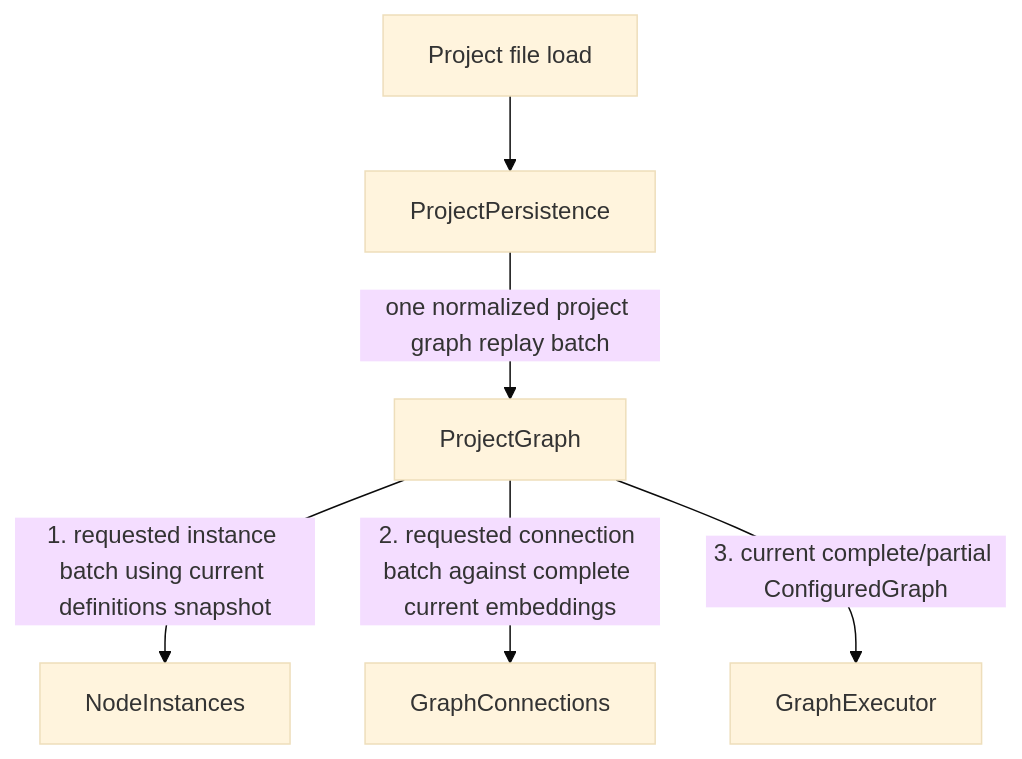
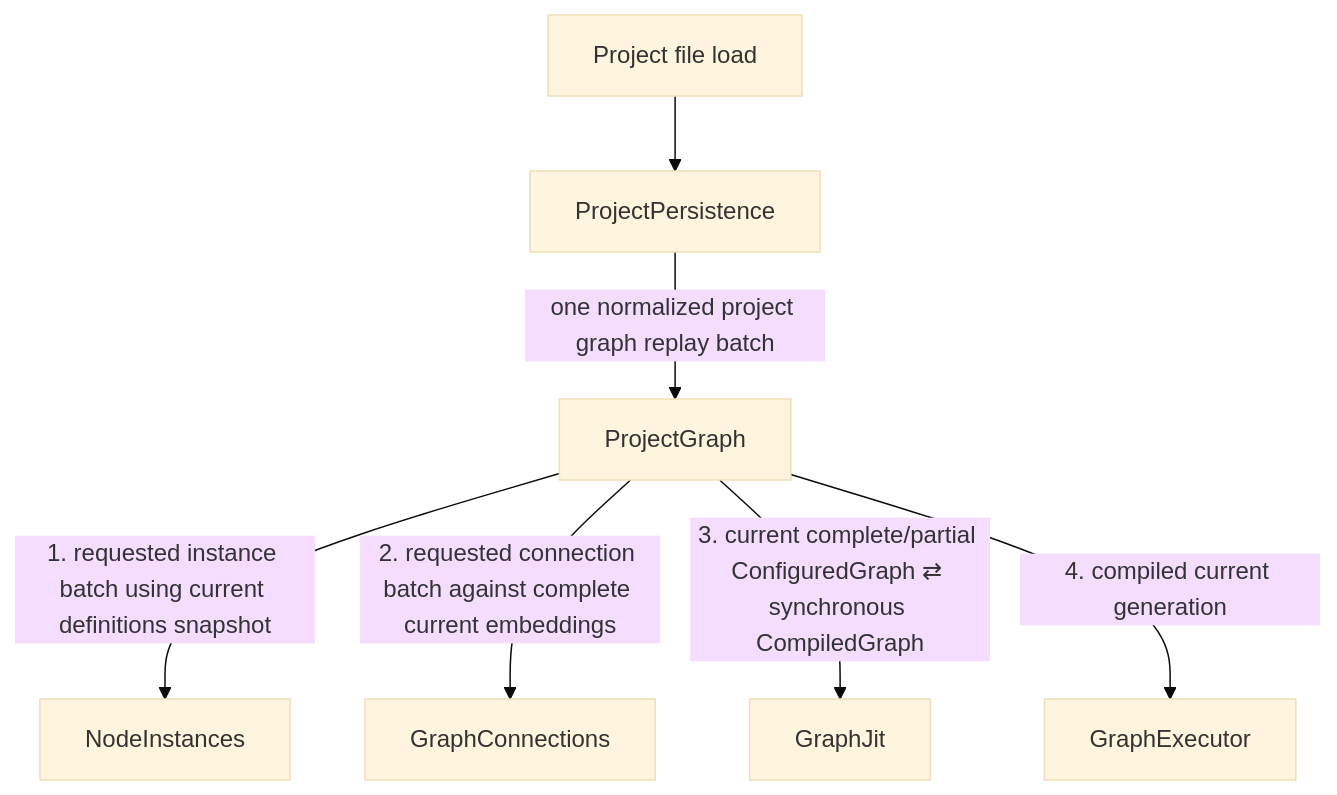
Before and after one commit to ljleb/intravenous: the first of 2 diagrams in docs/event_flows/startup_and_project_replay.md, drawn with Mermaid (base theme). The commit also changed other lines of this file and 16 other files, not shown here.

````diff
--- a/docs/event_flows/startup_and_project_replay.md
+++ b/docs/event_flows/startup_and_project_replay.md
@@ -10,15 +10,17 @@
 ```mermaid
 flowchart TD
     SRC["Project file load"]
     PP["ProjectPersistence"]
     PG["ProjectGraph"]
     NI["NodeInstances"]
     GC["GraphConnections"]
+    GJ["GraphJit"]
     GE["GraphExecutor"]
 
     SRC --> PP
     PP -->|"one normalized project graph replay batch"| PG
     PG -->|"1. requested instance batch using current definitions snapshot"| NI
     PG -->|"2. requested connection batch against complete current embeddings"| GC
-    PG -->|"3. current complete/partial ConfiguredGraph"| GE
+    PG -->|"3. current complete/partial ConfiguredGraph ⇄ synchronous CompiledGraph"| GJ
+    PG -->|"4. compiled current generation"| GE
 ```
````
